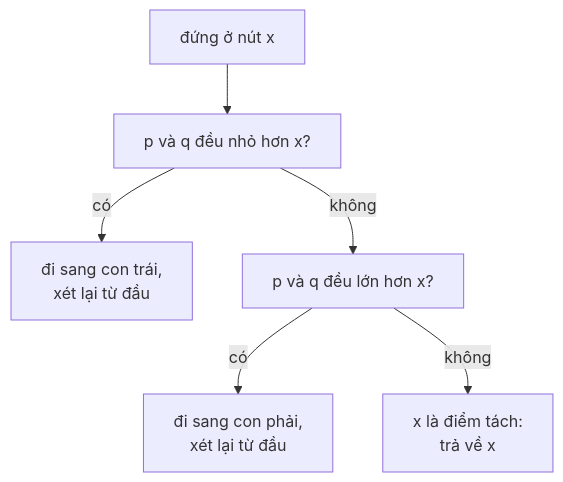
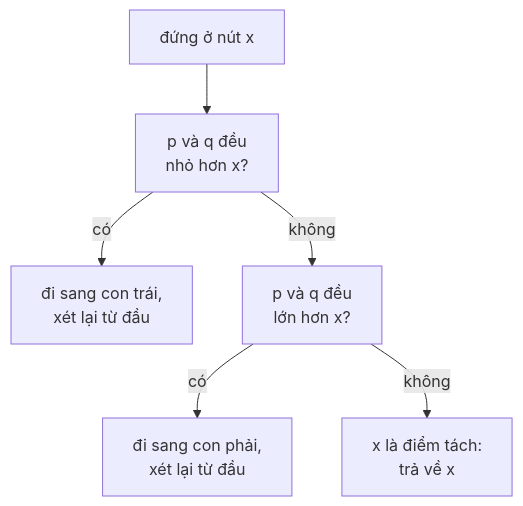
Before and after one commit to duongbui234/software-engineering-atlas: the second of 2 diagrams in content/problems/lowest-common-ancestor-of-a-binary-search-tree.md, drawn with Mermaid. The commit also changed 134 other files, not shown here.

First line of the commit message:
Fit every Mermaid diagram at 390px without sideways scroll (#56)

````diff
--- a/content/problems/lowest-common-ancestor-of-a-binary-search-tree.md
+++ b/content/problems/lowest-common-ancestor-of-a-binary-search-tree.md
@@ -111,8 +111,8 @@
 ```mermaid
 flowchart TB
-  A["đứng ở nút x"] --> B["p và q đều nhỏ hơn x?"]
+  A["đứng ở nút x"] --> B["p và q đều<br/>nhỏ hơn x?"]
   B -->|có| L["đi sang con trái,<br/>xét lại từ đầu"]
-  B -->|không| C["p và q đều lớn hơn x?"]
+  B -->|không| C["p và q đều<br/>lớn hơn x?"]
   C -->|có| R["đi sang con phải,<br/>xét lại từ đầu"]
   C -->|không| S["x là điểm tách:<br/>trả về x"]
 ```
````
